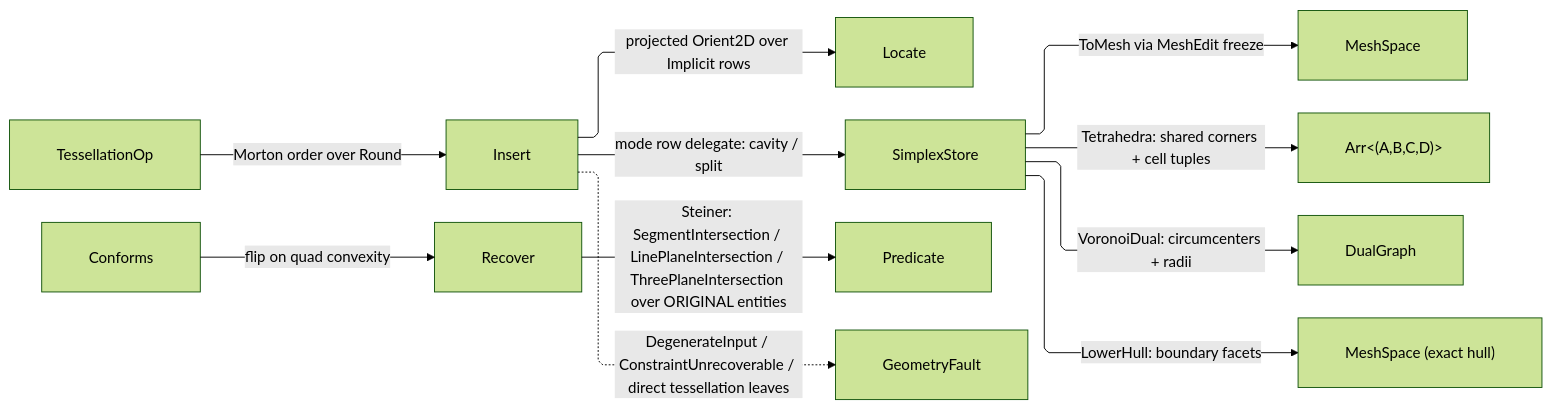
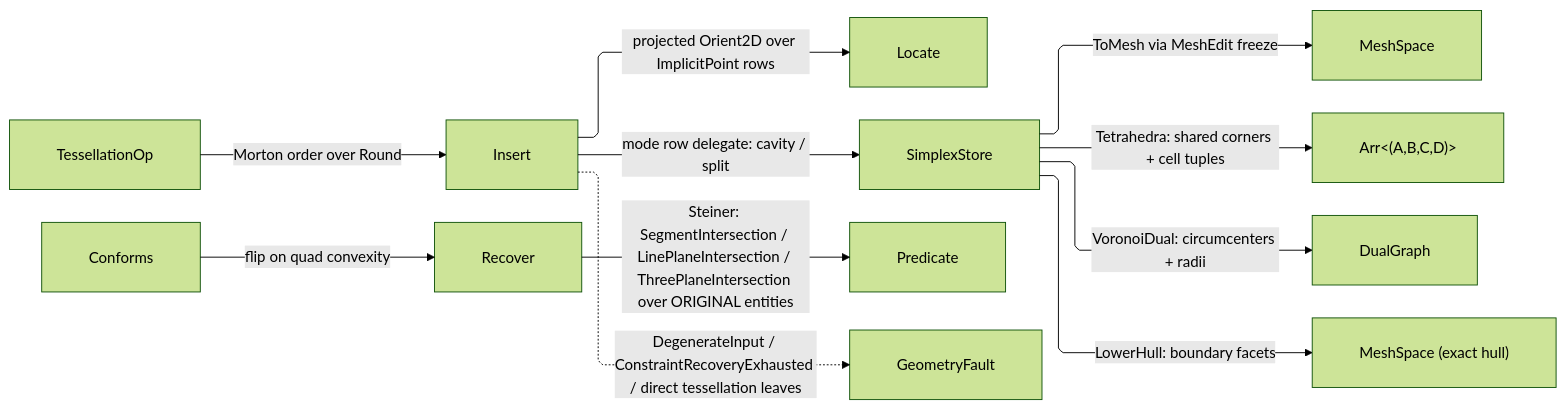
Before and after one commit to bsamiee/Rasm: the diagram in libs/dotnet/Rasm/.planning/Meshing/delaunay.md, drawn with Mermaid (forest theme). The commit also changed other lines of this file and 83 other files, not shown here.

````diff
--- a/libs/dotnet/Rasm/.planning/Meshing/delaunay.md
+++ b/libs/dotnet/Rasm/.planning/Meshing/delaunay.md
@@ -1103,22 +1103,22 @@
 ```mermaid
 ---
 config:
   layout: elk
   flowchart:
     curve: linear
     padding: 25
 ---
 flowchart LR
     accTitle: Tessellation build flow
     accDescr: Vertices and conform rows flow through the simplex store build, recovery, and the mesh, triangle, dual, and hull projections.
     TessellationOp -->|Morton order over Round| Insert
-    Insert -->|projected Orient2D over Implicit rows| Locate
+    Insert -->|projected Orient2D over ImplicitPoint rows| Locate
     Insert -->|mode row delegate: cavity / split| SimplexStore
     Conforms -->|flip on quad convexity| Recover
     Recover -->|Steiner: SegmentIntersection / LinePlaneIntersection / ThreePlaneIntersection over ORIGINAL entities| Predicate
     SimplexStore -->|ToMesh via MeshEdit freeze| MeshSpace
     SimplexStore -->|Tetrahedra: shared corners + cell tuples| Cells["Arr&lt;(A,B,C,D)&gt;"]
     SimplexStore -->|VoronoiDual: circumcenters + radii| DualGraph
     SimplexStore -->|LowerHull: boundary facets| Hull["MeshSpace (exact hull)"]
-    Insert -.->|DegenerateInput / ConstraintUnrecoverable / direct tessellation leaves| GeometryFault
+    Insert -.->|DegenerateInput / ConstraintRecoveryExhausted / direct tessellation leaves| GeometryFault
 ```
````
